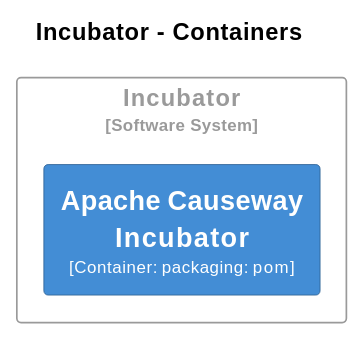
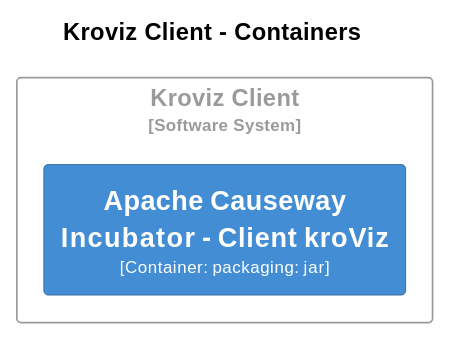
Before and after one commit to apache/causeway: diagram 34 of 35 in core/adoc/modules/_overview/pages/about.adoc, drawn with PlantUML. The commit also changed other lines of this file and 25 other files, not shown here.

```diff
--- a/core/adoc/modules/_overview/pages/about.adoc
+++ b/core/adoc/modules/_overview/pages/about.adoc
@@ -7264,35 +7279,35 @@
-[plantuml,Incubator,svg]
+[plantuml,Kroviz Client,svg]
 ----
 @startuml
 set separator none
-title Incubator - Containers
+title Kroviz Client - Containers
 
 left to right direction
 
 skinparam {
   arrowFontSize 10
   defaultTextAlignment center
   wrapWidth 200
   maxMessageSize 100
 }
 
 hide stereotype
 
-skinparam rectangle<<Incubator.ApacheCausewayIncubator>> {
+skinparam rectangle<<KrovizClient.ApacheCausewayIncubatorClientkroViz>> {
   BackgroundColor #438dd5
   FontColor #fffffe
   BorderColor #2e6295
   shadowing false
 }
-skinparam rectangle<<Incubator>> {
+skinparam rectangle<<KrovizClient>> {
   BorderColor #9a9a9a
   FontColor #9a9a9a
   shadowing false
 }
 
-rectangle "Incubator\n<size:10>[Software System]</size>" <<Incubator>> {
-  rectangle "==Apache Causeway Incubator\n<size:10>[Container: packaging: pom]</size>" <<Incubator.ApacheCausewayIncubator>> as Incubator.ApacheCausewayIncubator
+rectangle "Kroviz Client\n<size:10>[Software System]</size>" <<KrovizClient>> {
+  rectangle "==Apache Causeway Incubator - Client kroViz\n<size:10>[Container: packaging: jar]</size>" <<KrovizClient.ApacheCausewayIncubatorClientkroViz>> as KrovizClient.ApacheCausewayIncubatorClientkroViz
 }
 
 @enduml
 ----
```
